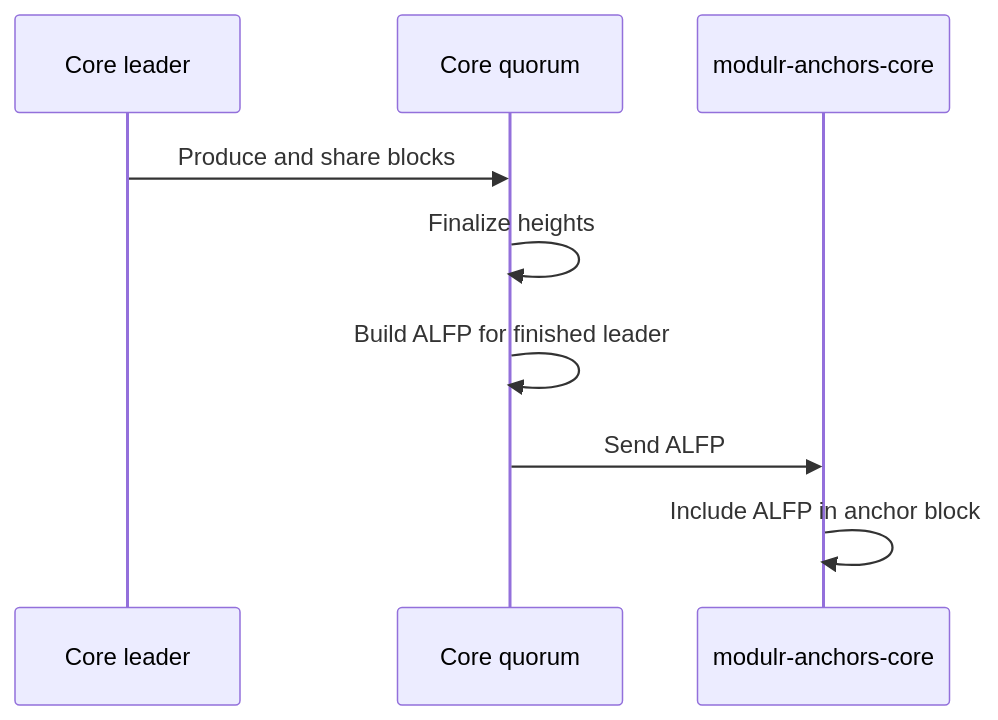
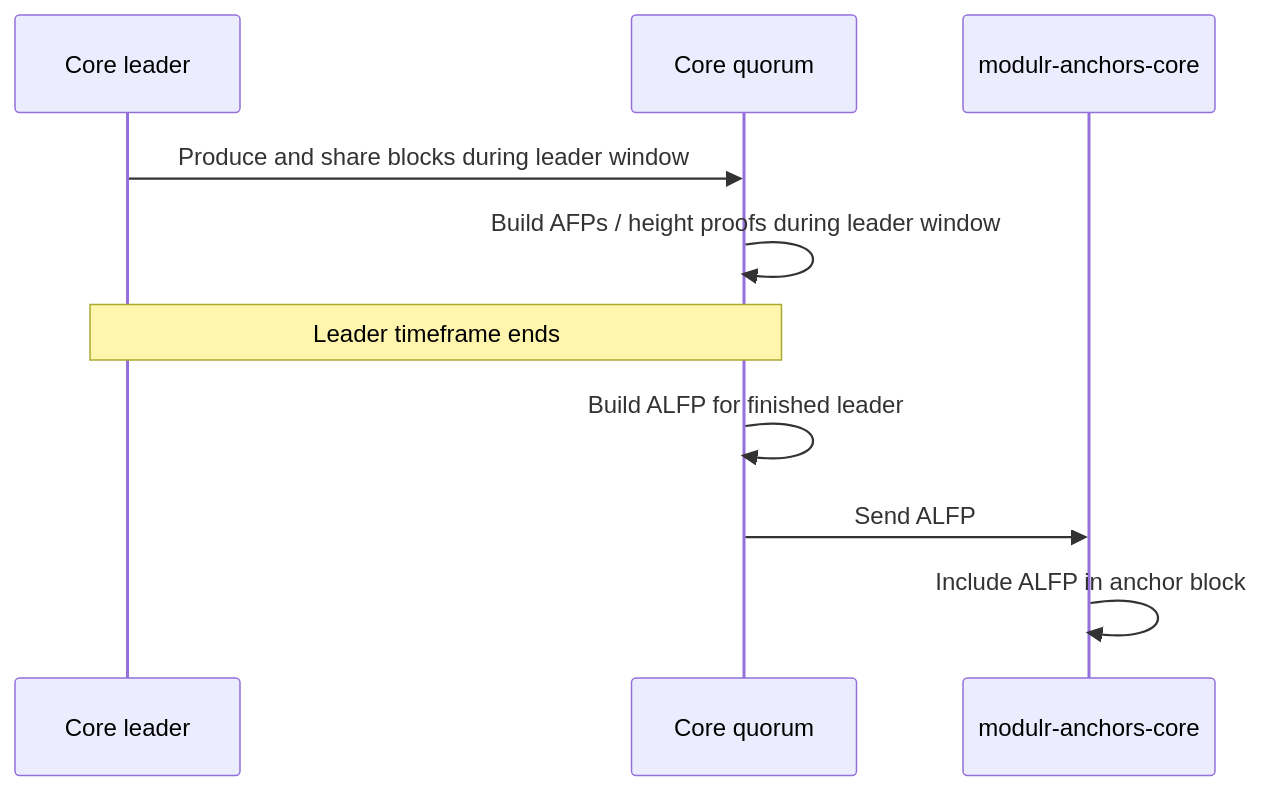
Before and after one commit to ModulrCloud/modulr-core: the fourth of 8 diagrams in wiki/workflow_description.md, drawn with Mermaid. The commit also changed other lines of this file, not shown here.

````diff
--- a/wiki/workflow_description.md
+++ b/wiki/workflow_description.md
@@ -87,12 +93,13 @@
 ```mermaid
 sequenceDiagram
     participant CoreLeader as Core leader
     participant CoreQuorum as Core quorum
     participant Anchors as modulr-anchors-core
 
-    CoreLeader->>CoreQuorum: Produce and share blocks
-    CoreQuorum->>CoreQuorum: Finalize heights
+    CoreLeader->>CoreQuorum: Produce and share blocks during leader window
+    CoreQuorum->>CoreQuorum: Build AFPs / height proofs during leader window
+    Note over CoreLeader,CoreQuorum: Leader timeframe ends
     CoreQuorum->>CoreQuorum: Build ALFP for finished leader
     CoreQuorum->>Anchors: Send ALFP
     Anchors->>Anchors: Include ALFP in anchor block
 ```
````
